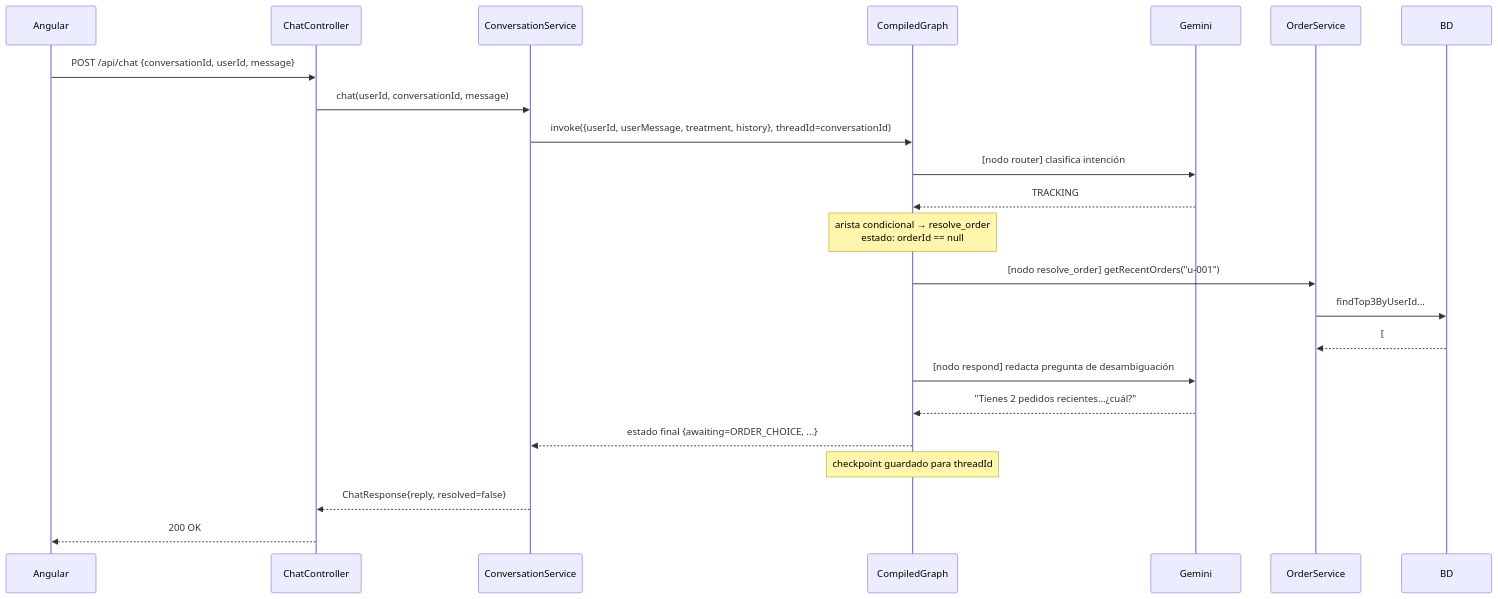
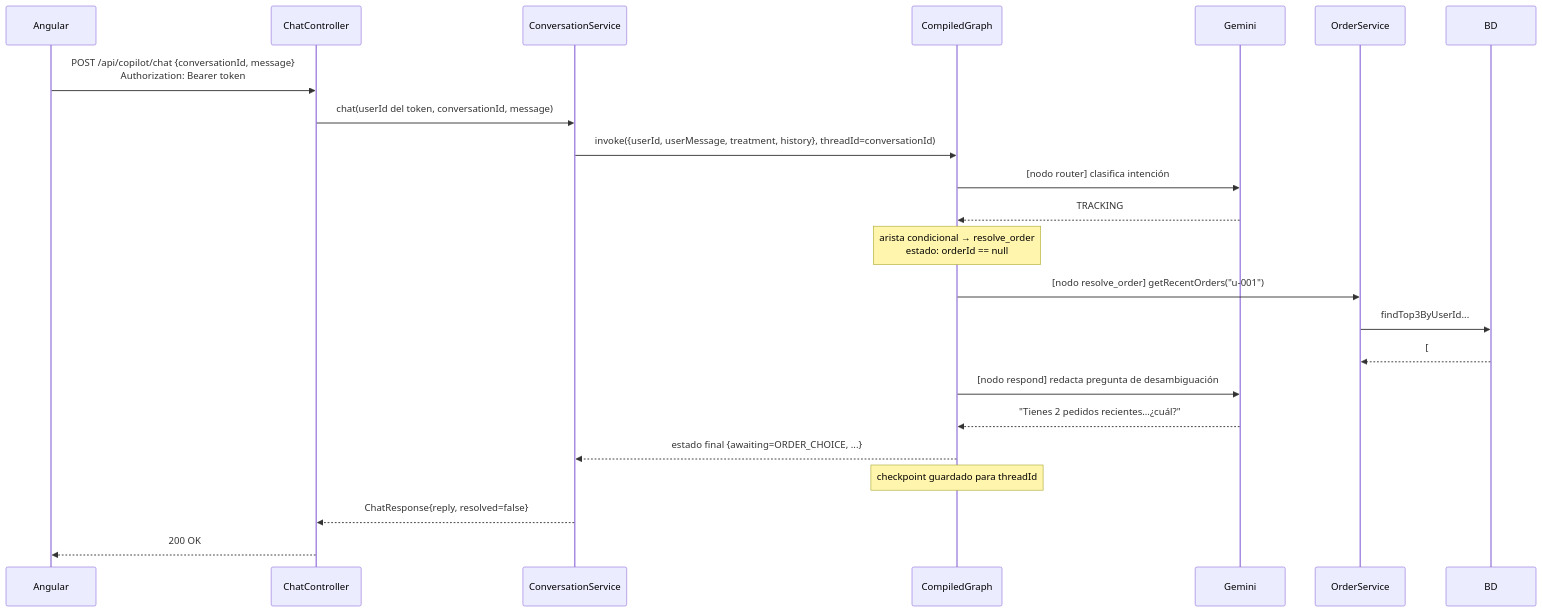
The third of 4 diagrams in l1-copilot/docs/arquitectura/02-arquitectura-sistema.md (mikel0ne/ai-platform-portfolio), drawn with Mermaid before and after one commit. The commit also changed other lines of this file and 40 other files, not shown here.

````diff
--- a/l1-copilot/docs/arquitectura/02-arquitectura-sistema.md
+++ b/l1-copilot/docs/arquitectura/02-arquitectura-sistema.md
@@ -55,26 +55,26 @@
 ```mermaid
 sequenceDiagram
     participant A as Angular
     participant C as ChatController
     participant S as ConversationService
     participant G as CompiledGraph
     participant L as Gemini
     participant T as OrderService
     participant D as BD
 
-    A->>C: POST /api/chat {conversationId, userId, message}
-    C->>S: chat(userId, conversationId, message)
+    A->>C: POST /api/copilot/chat {conversationId, message}<br/>Authorization: Bearer token
+    C->>S: chat(userId del token, conversationId, message)
     S->>G: invoke({userId, userMessage, treatment, history}, threadId=conversationId)
     G->>L: [nodo router] clasifica intención
     L-->>G: TRACKING
     Note over G: arista condicional → resolve_order<br/>estado: orderId == null
     G->>T: [nodo resolve_order] getRecentOrders("u-001")
     T->>D: findTop3ByUserId...
     D-->>T: [#123 portátil, #456 ratón]
     G->>L: [nodo respond] redacta pregunta de desambiguación
     L-->>G: "Tienes 2 pedidos recientes…¿cuál?"
     G-->>S: estado final {awaiting=ORDER_CHOICE, ...}
     Note over G: checkpoint guardado para threadId
     S-->>C: ChatResponse{reply, resolved=false}
     C-->>A: 200 OK
 ```
````
